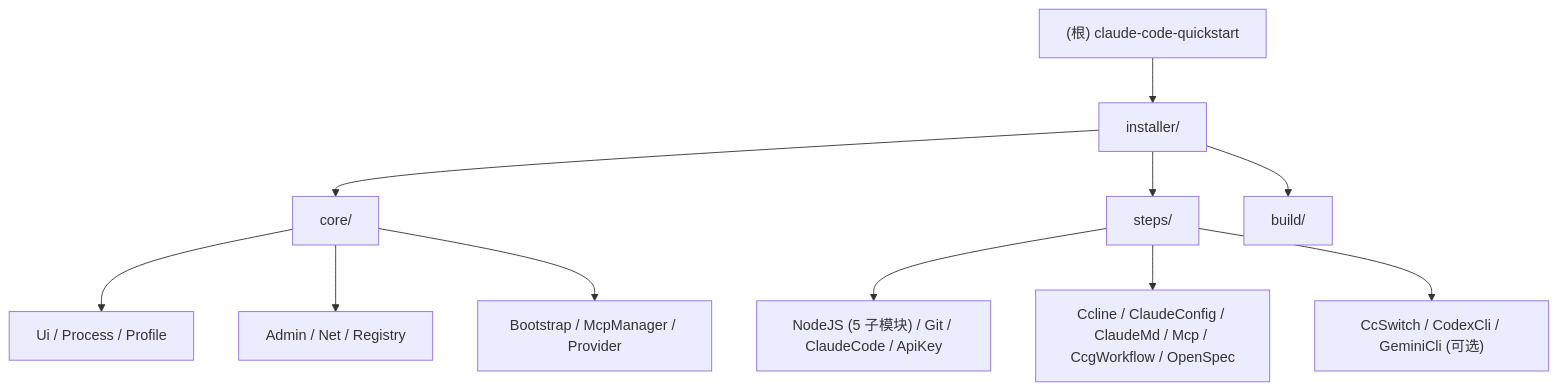
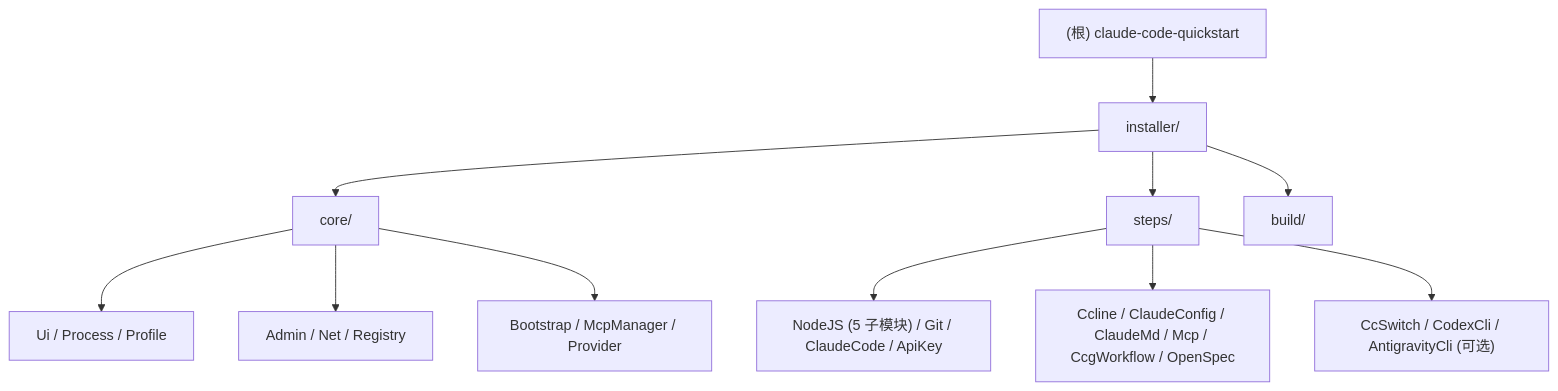
Before and after one commit to hkxiaoyao/claude-code-quickstart: the diagram in CLAUDE.md, drawn with Mermaid. The commit also changed other lines of this file and 9 other files, not shown here.

First line of the commit message:
feat(AntigravityCli): 替换 Gemini CLI 可选安装步骤

````diff
--- a/CLAUDE.md
+++ b/CLAUDE.md
@@ -24,15 +24,15 @@
 ```mermaid
 graph TD
     A["(根) claude-code-quickstart"] --> B["installer/"]
     B --> C["core/"]
     B --> D["steps/"]
     B --> E["build/"]
     C --> C1["Ui / Process / Profile"]
     C --> C2["Admin / Net / Registry"]
     C --> C3["Bootstrap / McpManager / Provider"]
     D --> D1["NodeJS (5 子模块) / Git / ClaudeCode / ApiKey"]
     D --> D2["Ccline / ClaudeConfig / ClaudeMd / Mcp / CcgWorkflow / OpenSpec"]
-    D --> D3["CcSwitch / CodexCli / GeminiCli (可选)"]
+    D --> D3["CcSwitch / CodexCli / AntigravityCli (可选)"]
     click C "./installer/core/CLAUDE.md"
     click D "./installer/steps/CLAUDE.md"
 ```
````
